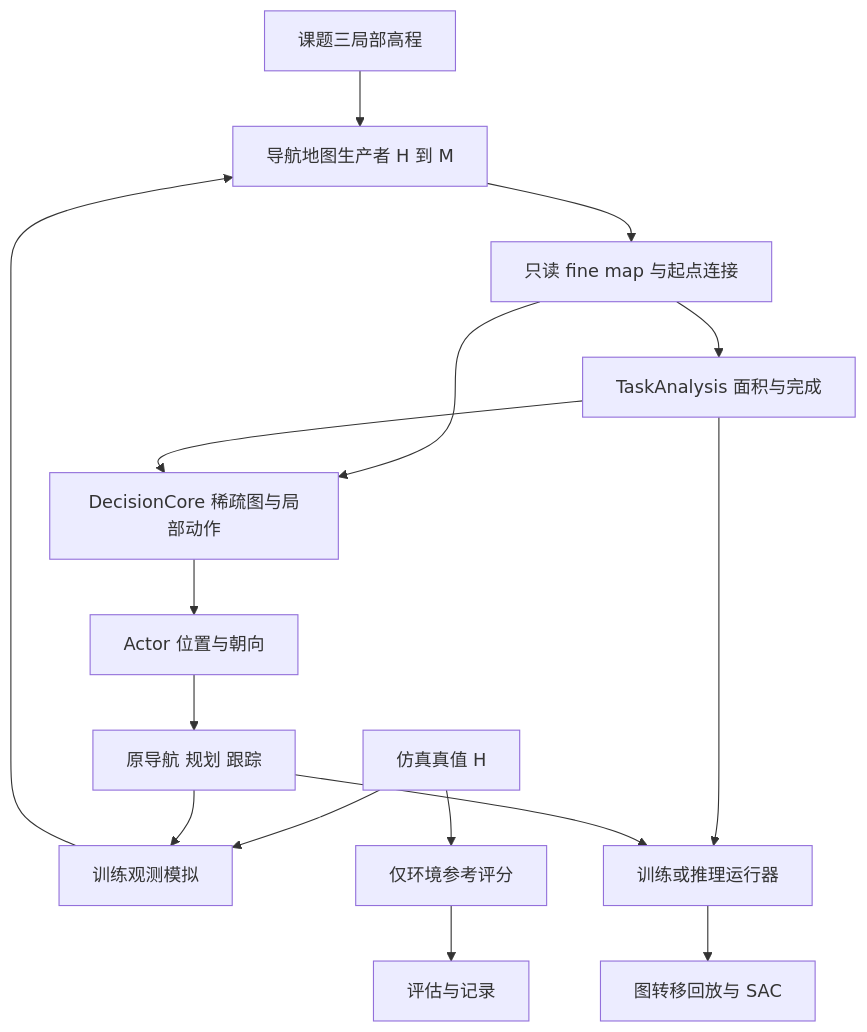
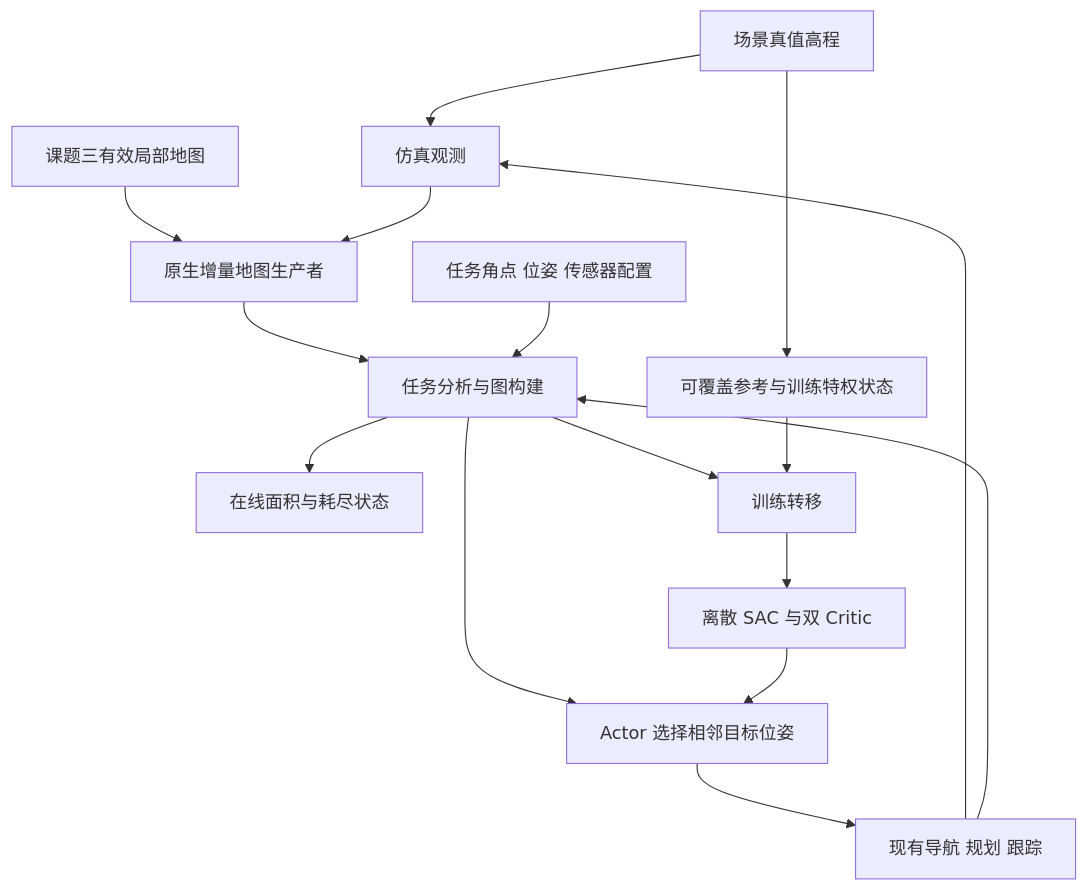
The diagram in docs/superpowers/specs/2026-09-12-drl-exploration-redesign.md (sjidnsk/lunar-navigation), drawn with Mermaid before and after one commit. The commit also changed other lines of this file and 1 other file, not shown here.

Commit message:
docs: consolidate paper-based exploration design and sensor validation

````diff
--- a/docs/superpowers/specs/2026-09-12-drl-exploration-redesign.md
+++ b/docs/superpowers/specs/2026-09-12-drl-exploration-redesign.md
@@ -425,18 +37,18 @@
 ```mermaid
 flowchart TD
-  T3[课题三局部高程] --> Map[导航地图生产者 H 到 M]
-  Truth[仿真真值 H] --> Sensor[训练观测模拟]
+  Truth[场景真值高程] --> Sensor[仿真观测]
+  T3[课题三有效局部地图] --> Map[原生增量地图生产者]
   Sensor --> Map
-  Map --> Export[只读 fine map 与起点连接]
-  Export --> Analysis[TaskAnalysis 面积与完成]
-  Export --> Graph[DecisionCore 稀疏图与局部动作]
-  Analysis --> Graph
-  Graph --> Actor[Actor 位置与朝向]
-  Actor --> Nav[原导航 规划 跟踪]
+  Map --> Decision[任务分析与图构建]
+  Task[任务角点 位姿 传感器配置] --> Decision
+  Decision --> Status[在线面积与耗尽状态]
+  Decision --> Actor[Actor 选择相邻目标位姿]
+  Actor --> Nav[现有导航 规划 跟踪]
   Nav --> Sensor
-  Analysis --> Runtime[训练或推理运行器]
-  Nav --> Runtime
-  Truth --> Eval[仅环境参考评分]
-  Runtime --> Replay[图转移回放与 SAC]
-  Eval --> Metrics[评估与记录]
+  Nav --> Decision
+  Truth --> Reference[可覆盖参考与训练特权状态]
+  Decision --> Replay[训练转移]
+  Reference --> Replay
+  Replay --> Learner[离散 SAC 与双 Critic]
+  Learner --> Actor
 ```
````
